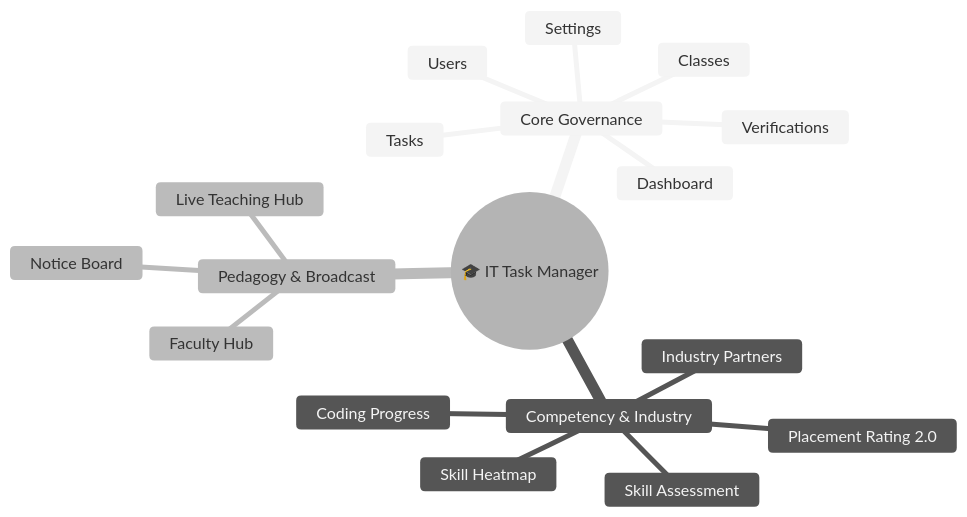
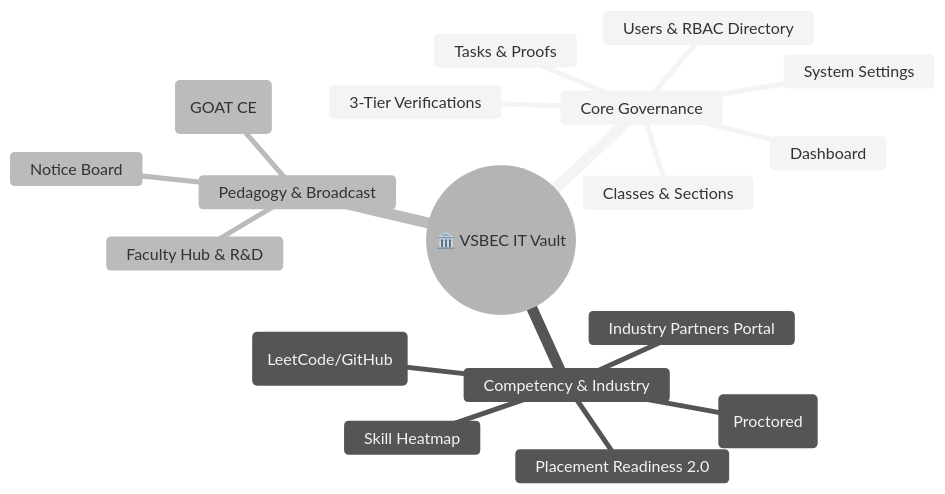
The third of 10 diagrams in README.md (TK4743/taskmanager), drawn with Mermaid (neutral theme) before and after one commit. The commit also changed other lines of this file, not shown here.

Commit message:
docs: rebrand platform documentation to VSBEC IT Vault

````diff
--- a/README.md
+++ b/README.md
@@ -163,21 +166,21 @@
 ```mermaid
 mindmap
-  root((🎓 IT Task Manager))
+  root((🏛️ VSBEC IT Vault))
     Core Governance
       Dashboard
-      Tasks
-      Verifications
-      Classes
-      Users
-      Settings
+      Tasks & Proofs
+      3-Tier Verifications
+      Classes & Sections
+      Users & RBAC Directory
+      System Settings
     Competency & Industry
-      Coding Progress
-      Skill Assessment
-      Placement Rating 2.0
-      Industry Partners
+      Coding Progress (LeetCode/GitHub)
+      Skill Assessment (Proctored)
+      Placement Readiness 2.0
+      Industry Partners Portal
       Skill Heatmap
     Pedagogy & Broadcast
       Notice Board
-      Live Teaching Hub
-      Faculty Hub
+      Live Teaching Hub (GOAT CE)
+      Faculty Hub & R&D
 ```
````
